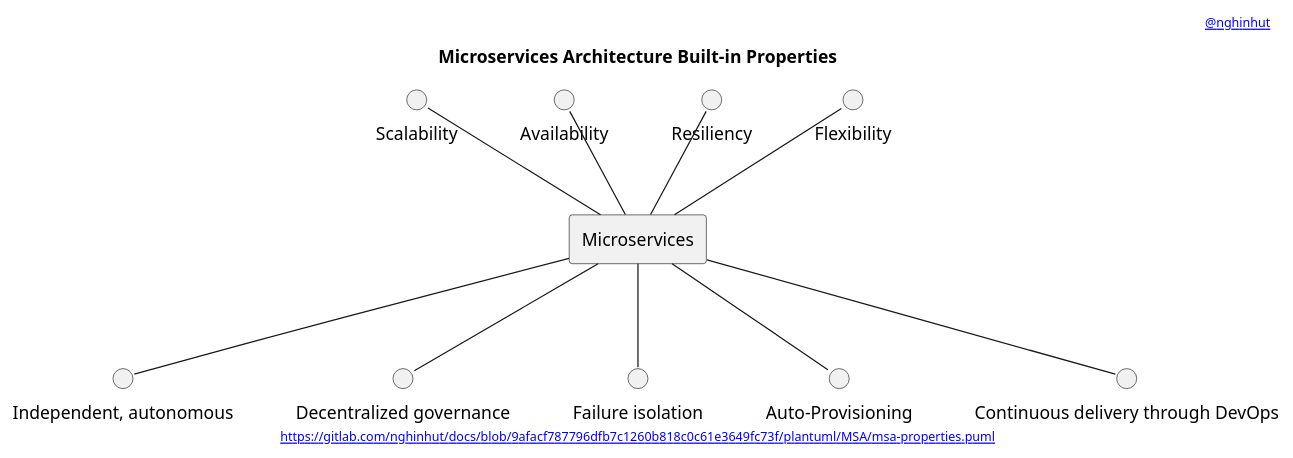
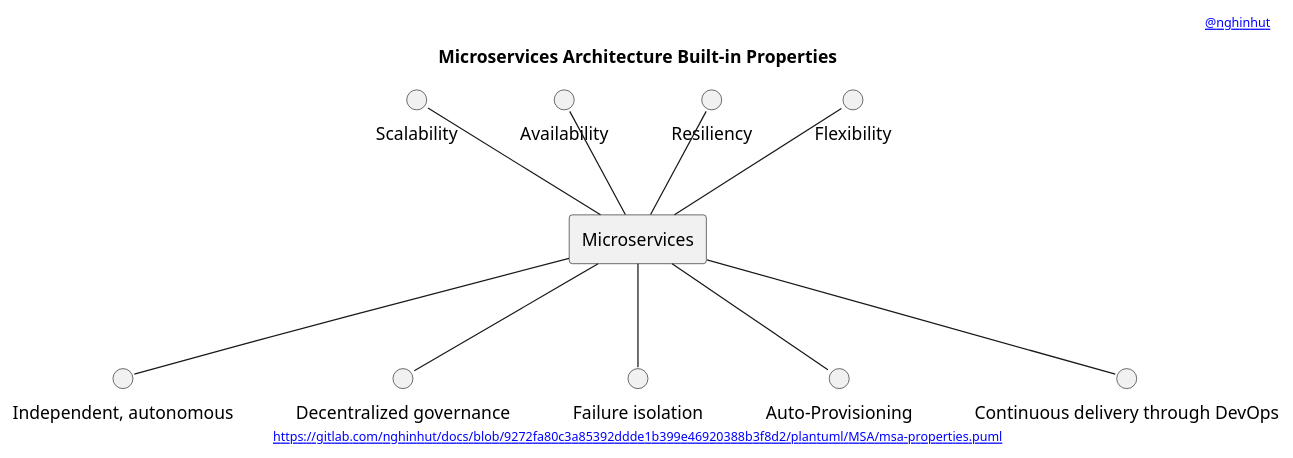
One commit to nghinhut/docs changed the diagram in plantuml/MSA/msa-properties.puml. Above: the diagram before and after it, drawn with PlantUML. The commit also changed 25 other files, not shown here.

```diff
--- a/plantuml/MSA/msa-properties.puml
+++ b/plantuml/MSA/msa-properties.puml
@@ -1,31 +1,31 @@
 @startuml
 '-----START auto generated metadata please keep comment here to allow auto update-----
 '-----DON'T EDIT THIS SECTION, INSTEAD RE-RUN prebuild.sh TO UPDATE-----
-header [[https://www.nghinhut.dev?from=http%5C%3A%5C%2F%5C%2Fwww%5C.plantuml%5C.com%5C%2Fplantuml%5C%2Fproxy%3Ffmt%3Dsvg%5C%26src%3Dhttps%5C%3A%5C%2F%5C%2Fgitlab%5C.com%5C%2Fnghinhut%5C%2Fdocs%5C%2Fraw%5C%2F9afacf787796dfb7c1260b818c0c61e3649fc73f%5C%2Fplantuml%5C%2FMSA%5C%2Fmsa-properties%5C.puml%0A @nghinhut]]
-footer [[http://www.plantuml.com/plantuml/proxy?fmt=svg&src=https://gitlab.com/nghinhut/docs/raw/9afacf787796dfb7c1260b818c0c61e3649fc73f/plantuml/MSA/msa-properties.puml https://gitlab.com/nghinhut/docs/blob/9afacf787796dfb7c1260b818c0c61e3649fc73f/plantuml/MSA/msa-properties.puml]]
+header [[https://www.nghinhut.dev?from=http%5C%3A%5C%2F%5C%2Fwww%5C.plantuml%5C.com%5C%2Fplantuml%5C%2Fproxy%3Ffmt%3Dsvg%5C%26src%3Dhttps%5C%3A%5C%2F%5C%2Fgitlab%5C.com%5C%2Fnghinhut%5C%2Fdocs%5C%2Fraw%5C%2F9272fa80c3a85392ddde1b399e46920388b3f8d2%5C%2Fplantuml%5C%2FMSA%5C%2Fmsa-properties%5C.puml%0A @nghinhut]]
+footer [[http://www.plantuml.com/plantuml/proxy?fmt=svg&src=https://gitlab.com/nghinhut/docs/raw/9272fa80c3a85392ddde1b399e46920388b3f8d2/plantuml/MSA/msa-properties.puml https://gitlab.com/nghinhut/docs/blob/9272fa80c3a85392ddde1b399e46920388b3f8d2/plantuml/MSA/msa-properties.puml]]
 '-----END auto generated metadata please keep comment here to allow auto update-----
 title Microservices Architecture Built-in Properties
 
 rectangle "Microservices" as msa
 
 circle "Scalability" as scalability
 circle "Availability" as availability
 circle "Resiliency" as resiliency
 circle "Flexibility" as flexibility
 circle "Independent, autonomous" as independent_autonomous
 circle "Decentralized governance" as decentralized_governance
 circle "Failure isolation" as failure_isolation
 circle "Auto-Provisioning" as auto_provisioning
 circle "Continuous delivery through DevOps" as cd
 
 scalability -- msa
 availability -- msa
 resiliency -- msa
 flexibility -- msa
 msa -- independent_autonomous
 msa -- decentralized_governance
 msa -- failure_isolation
 msa -- auto_provisioning
 msa -- cd
 
 @enduml
```
